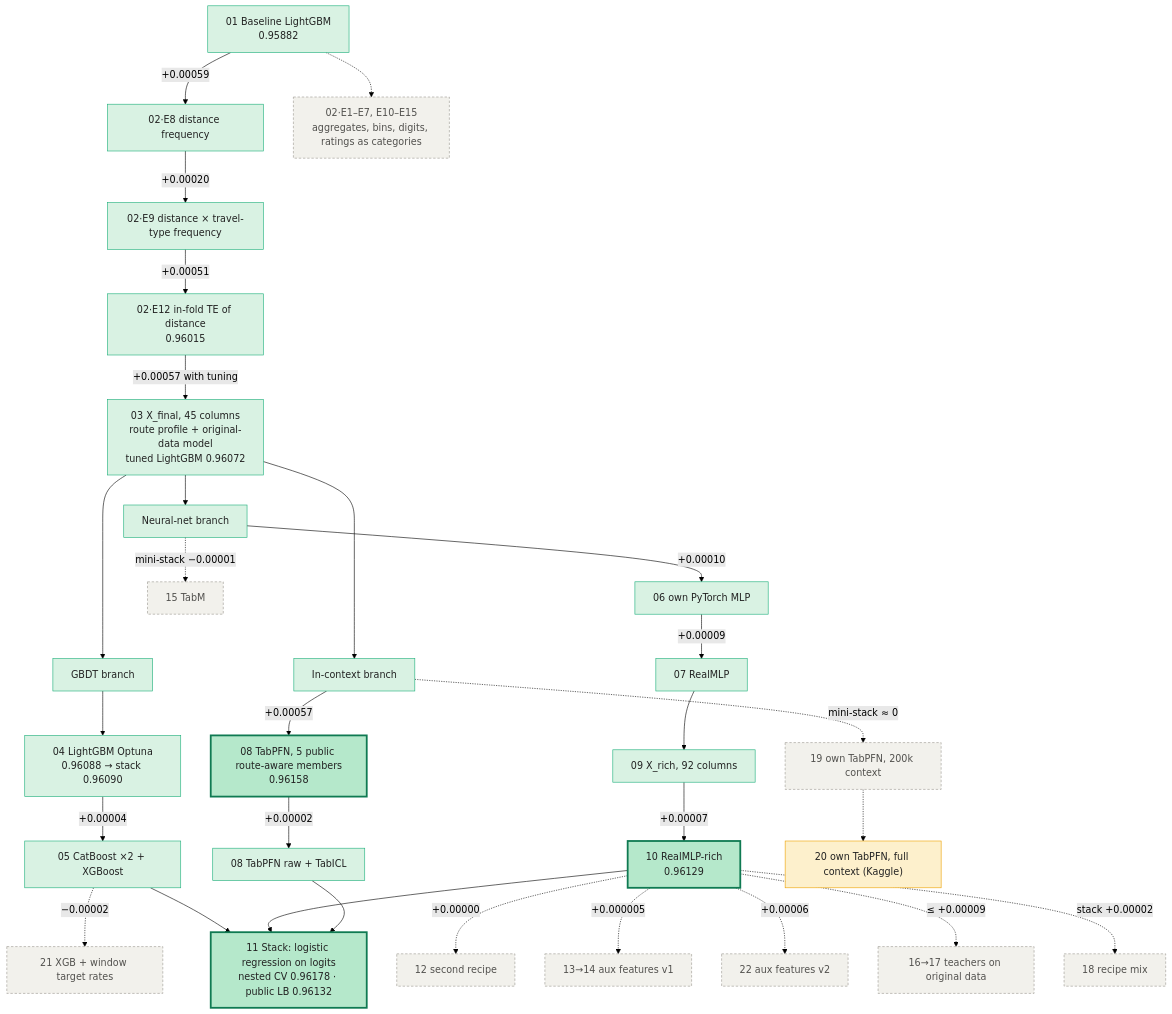
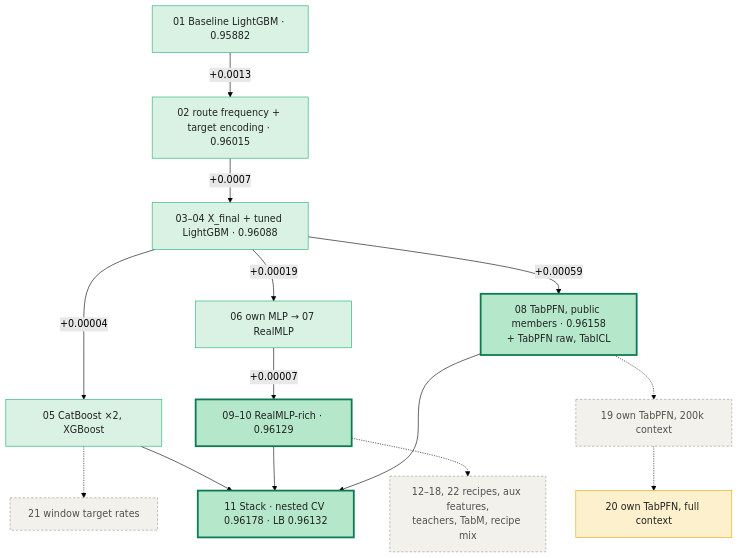
Before and after one commit to de-lazurenko/kaggle-competitions: the diagram in predicting_airline_satisfaction_s6e10/README.md, drawn with Mermaid (forest theme). The commit also changed other lines of this file and 1 other file, not shown here.

````diff
--- a/predicting_airline_satisfaction_s6e10/README.md
+++ b/predicting_airline_satisfaction_s6e10/README.md
@@ -32,43 +23,26 @@
 ```mermaid
 flowchart TD
     classDef kept fill:#d9f2e3,stroke:#1baf7a,color:#222
     classDef big fill:#b5e8cb,stroke:#0f7a52,stroke-width:3px,color:#222
     classDef rej fill:#f2f1ec,stroke:#9a9890,stroke-dasharray:4 3,color:#52514e
     classDef pend fill:#fdf0cc,stroke:#eda100,color:#222
 
-    B01["01 Baseline LightGBM<br/>0.95882"]:::kept
-    B01 -->|"+0.00059"| E8["02·E8 distance frequency"]:::kept
-    E8 -->|"+0.00020"| E9["02·E9 distance × travel-type frequency"]:::kept
-    E9 -->|"+0.00051"| E12["02·E12 in-fold TE of distance<br/>0.96015"]:::kept
-    B01 -.-> R02["02·E1–E7, E10–E15<br/>aggregates, bins, digits, ratings as categories"]:::rej
-    E12 -->|"+0.00057 with tuning"| X03["03 X_final, 45 columns<br/>route profile + original-data model<br/>tuned LightGBM 0.96072"]:::kept
+    B01["01 Baseline LightGBM · 0.95882"]:::kept
+    B01 -->|"+0.0013"| F02["02 route frequency + target encoding · 0.96015"]:::kept
+    F02 -->|"+0.0007"| X03["03–04 X_final + tuned LightGBM · 0.96088"]:::kept
 
-    X03 --> GB["GBDT branch"]:::kept
-    X03 --> NN["Neural-net branch"]:::kept
-    X03 --> IC["In-context branch"]:::kept
+    X03 -->|"+0.00004"| GB["05 CatBoost ×2, XGBoost"]:::kept
+    X03 -->|"+0.00019"| NN["06 own MLP → 07 RealMLP"]:::kept
+    NN -->|"+0.00007"| M10["09–10 RealMLP-rich · 0.96129"]:::big
+    X03 -->|"+0.00059"| IC["08 TabPFN, public members · 0.96158<br/>+ TabPFN raw, TabICL"]:::big
 
-    GB --> M04["04 LightGBM Optuna<br/>0.96088 → stack 0.96090"]:::kept
-    M04 -->|"+0.00004"| M05["05 CatBoost ×2 + XGBoost"]:::kept
-    M05 -.->|"−0.00002"| R21["21 XGB + window target rates"]:::rej
+    GB -.-> R1["21 window target rates"]:::rej
+    M10 -.-> R2["12–18, 22 recipes, aux features,<br/>teachers, TabM, recipe mix"]:::rej
+    IC -.-> R3["19 own TabPFN, 200k context"]:::rej
+    R3 -.-> P20["20 own TabPFN, full context"]:::pend
 
-    NN -->|"+0.00010"| M06["06 own PyTorch MLP"]:::kept
-    M06 -->|"+0.00009"| M07["07 RealMLP"]:::kept
-    M07 --> F09["09 X_rich, 92 columns"]:::kept
-    F09 -->|"+0.00007"| M10["10 RealMLP-rich<br/>0.96129"]:::big
-    NN -.->|"mini-stack −0.00001"| R15["15 TabM"]:::rej
-    M10 -.->|"+0.00000"| R12["12 second recipe"]:::rej
-    M10 -.->|"+0.000005"| R14["13→14 aux features v1"]:::rej
-    M10 -.->|"+0.00006"| R22["22 aux features v2"]:::rej
-    M10 -.->|"≤ +0.00009"| R17["16→17 teachers on original data"]:::rej
-    M10 -.->|"stack +0.00002"| R18["18 recipe mix"]:::rej
-
-    IC -->|"+0.00057"| M08["08 TabPFN, 5 public route-aware members<br/>0.96158"]:::big
-    M08 -->|"+0.00002"| M08b["08 TabPFN raw + TabICL"]:::kept
-    IC -.->|"mini-stack ≈ 0"| R19["19 own TabPFN, 200k context"]:::rej
-    R19 -.-> P20["20 own TabPFN, full context (Kaggle)"]:::pend
-
-    M05 --> S11
+    GB --> S11
     M10 --> S11
-    M08b --> S11
-    S11["11 Stack: logistic regression on logits<br/>nested CV 0.96178 · public LB 0.96132"]:::big
+    IC --> S11
+    S11["11 Stack · nested CV 0.96178 · LB 0.96132"]:::big
 ```
````
